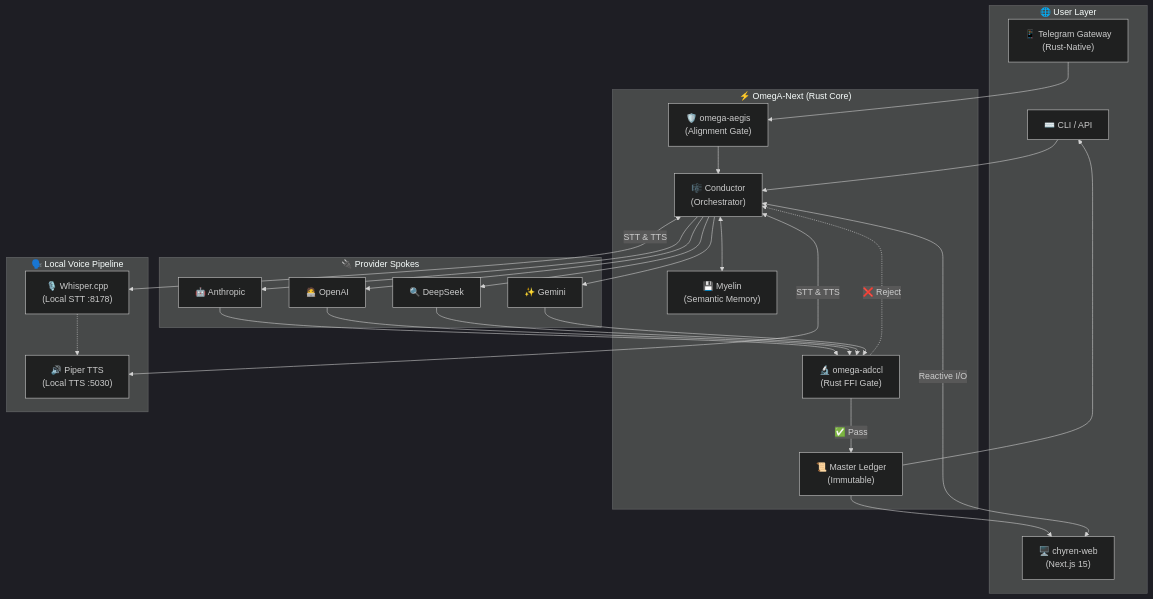
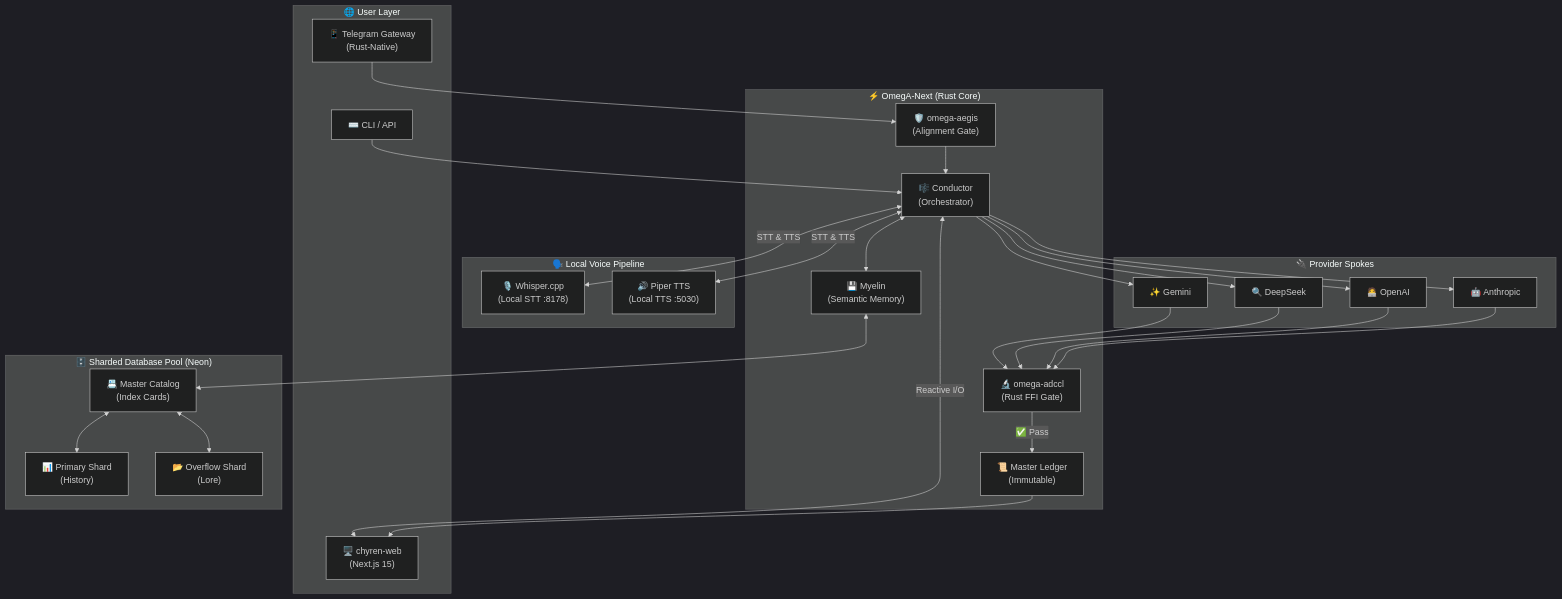
The first of 2 diagrams in README.md (Mega-Therion/Chyren), drawn with Mermaid (dark theme) before and after one commit. The commit also changed other lines of this file and 14 other files, not shown here.

First line of the commit message:
feat: implement autonomous database sharding (SOP-001) and library index system (SOP-002)

````diff
--- a/README.md
+++ b/README.md
@@ -55,54 +50,60 @@
 ```mermaid
 graph TB
     subgraph "🌐 User Layer"
         CLI["⌨️ CLI / API"]
         WEB["🖥️ chyren-web<br/>(Next.js 15)"]
         TG["📱 Telegram Gateway<br/>(Rust-Native)"]
     end
     
     subgraph "⚡ OmegA-Next (Rust Core)"
         CONDUCTOR["🎼 Conductor<br/>(Orchestrator)"]
         LEDGER["📜 Master Ledger<br/>(Immutable)"]
         ADCCL["🔬 omega-adccl<br/>(Rust FFI Gate)"]
         AEGIS["🛡️ omega-aegis<br/>(Alignment Gate)"]
         MYELIN["💾 Myelin<br/>(Semantic Memory)"]
+    end
+
+    subgraph "🗄️ Sharded Database Pool (Neon)"
+        MASTER["📇 Master Catalog<br/>(Index Cards)"]
+        PRIMARY["📊 Primary Shard<br/>(History)"]
+        OVERFLOW["📂 Overflow Shard<br/>(Lore)"]
     end
     
     subgraph "🗣️ Local Voice Pipeline"
         STT["🎙️ Whisper.cpp<br/>(Local STT :8178)"]
         TTS["🔊 Piper TTS<br/>(Local TTS :5030)"]
     end
     
     subgraph "🔌 Provider Spokes"
         ANTHROPIC["🤖 Anthropic"]
         OPENAI["🧑‍💻 OpenAI"]
         DEEPSEEK["🔍 DeepSeek"]
         GEMINI["✨ Gemini"]
     end
 
     WEB <-->|Reactive I/O| CONDUCTOR
     CLI --> CONDUCTOR
     TG --> AEGIS
     AEGIS --> CONDUCTOR
     
     CONDUCTOR <-->|STT & TTS| STT
     CONDUCTOR <-->|STT & TTS| TTS
-    STT -.-> TTS
     
     CONDUCTOR <--> MYELIN
+    MYELIN <--> MASTER
+    MASTER <--> PRIMARY
+    MASTER <--> OVERFLOW
+    
     CONDUCTOR --> ANTHROPIC
     CONDUCTOR --> OPENAI
     CONDUCTOR --> DEEPSEEK
     CONDUCTOR --> GEMINI
     
     ANTHROPIC --> ADCCL
     OPENAI --> ADCCL
     DEEPSEEK --> ADCCL
     GEMINI --> ADCCL
     
     ADCCL -->|"✅ Pass"| LEDGER
-    ADCCL -.->|"❌ Reject"| CONDUCTOR
-    
     LEDGER --> WEB
-    LEDGER --> CLI
 ```
````
